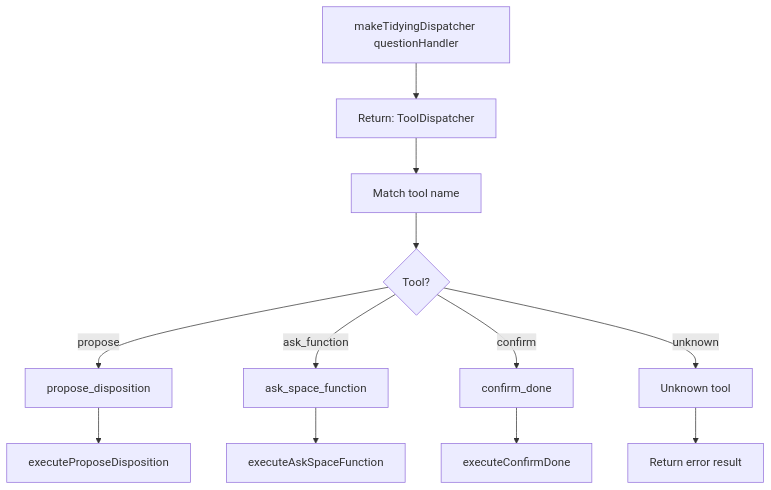
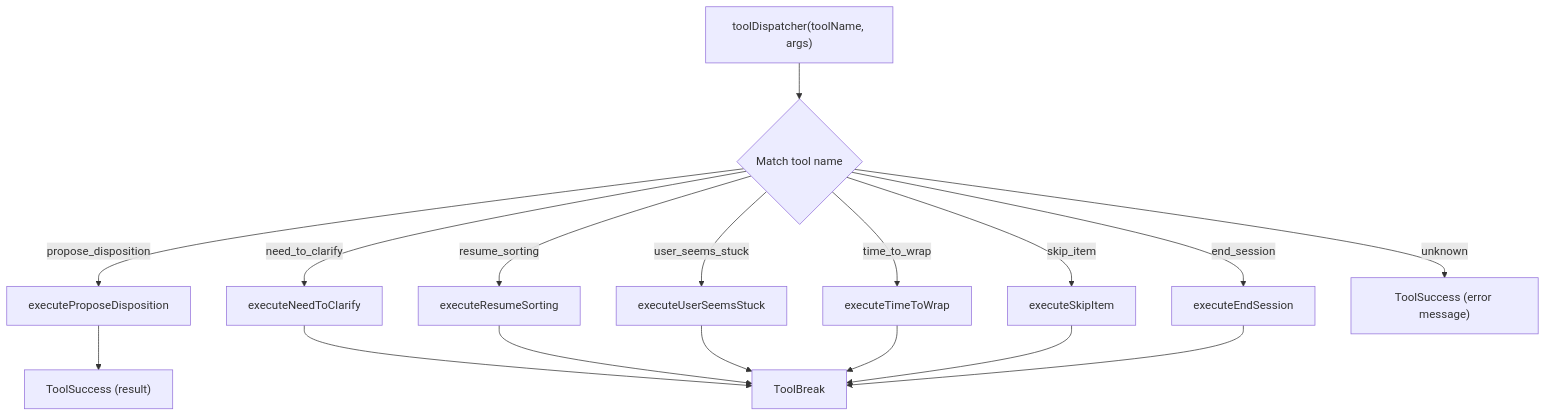
Before and after one commit to tidepool-heavy-industries/exomonad: the third of 4 diagrams in src/Tidying/diagrams/tool-execution.md, drawn with Mermaid. The commit also changed other lines of this file and 46 other files, not shown here.

First line of the commit message:
Refactor Tidying agent: Mode-based architecture replaces OODA loop

````diff
--- a/src/Tidying/diagrams/tool-execution.md
+++ b/src/Tidying/diagrams/tool-execution.md
@@ -119,21 +78,22 @@
 ```mermaid
 flowchart TD
-    A["makeTidyingDispatcher questionHandler"]
-    B["Return: ToolDispatcher"]
-    C["Match tool name"]
-    D{"Tool?"}
-    E["propose_disposition"]
-    F["executeProposeDisposition"]
-    G["ask_space_function"]
-    H["executeAskSpaceFunction"]
-    I["confirm_done"]
-    J["executeConfirmDone"]
-    K["Unknown tool"]
-    L["Return error result"]
+    D["toolDispatcher(toolName, args)"]
+    D --> M{"Match tool name"}
 
-    A --> B --> C --> D
-    D -->|propose| E --> F
-    D -->|ask_function| G --> H
-    D -->|confirm| I --> J
-    D -->|unknown| K --> L
+    M -->|propose_disposition| E1["executeProposeDisposition"]
+    M -->|need_to_clarify| E2["executeNeedToClarify"]
+    M -->|resume_sorting| E3["executeResumeSorting"]
+    M -->|user_seems_stuck| E4["executeUserSeemsStuck"]
+    M -->|time_to_wrap| E5["executeTimeToWrap"]
+    M -->|skip_item| E6["executeSkipItem"]
+    M -->|end_session| E7["executeEndSession"]
+    M -->|unknown| ERR["ToolSuccess (error message)"]
+
+    E1 --> R1["ToolSuccess (result)"]
+    E2 --> R2["ToolBreak"]
+    E3 --> R2
+    E4 --> R2
+    E5 --> R2
+    E6 --> R2
+    E7 --> R2
 ```
````
